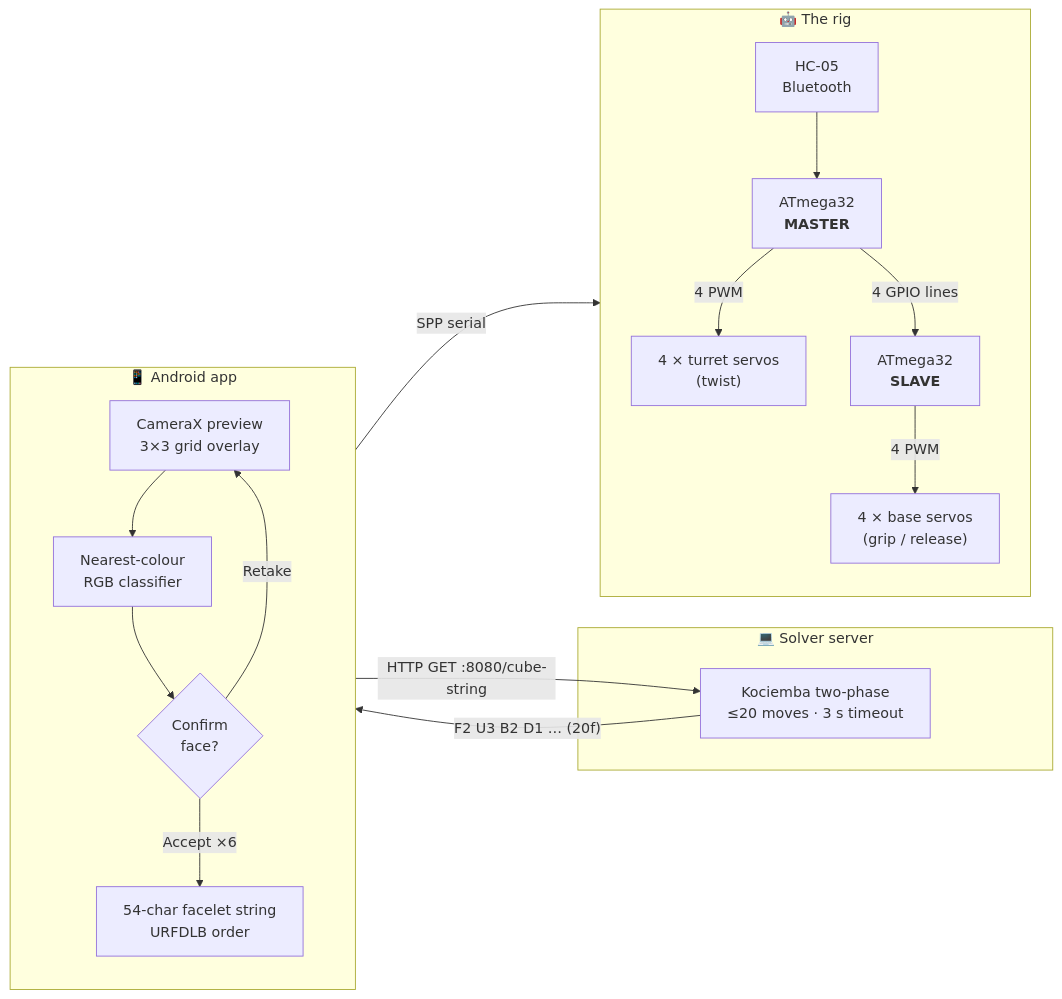
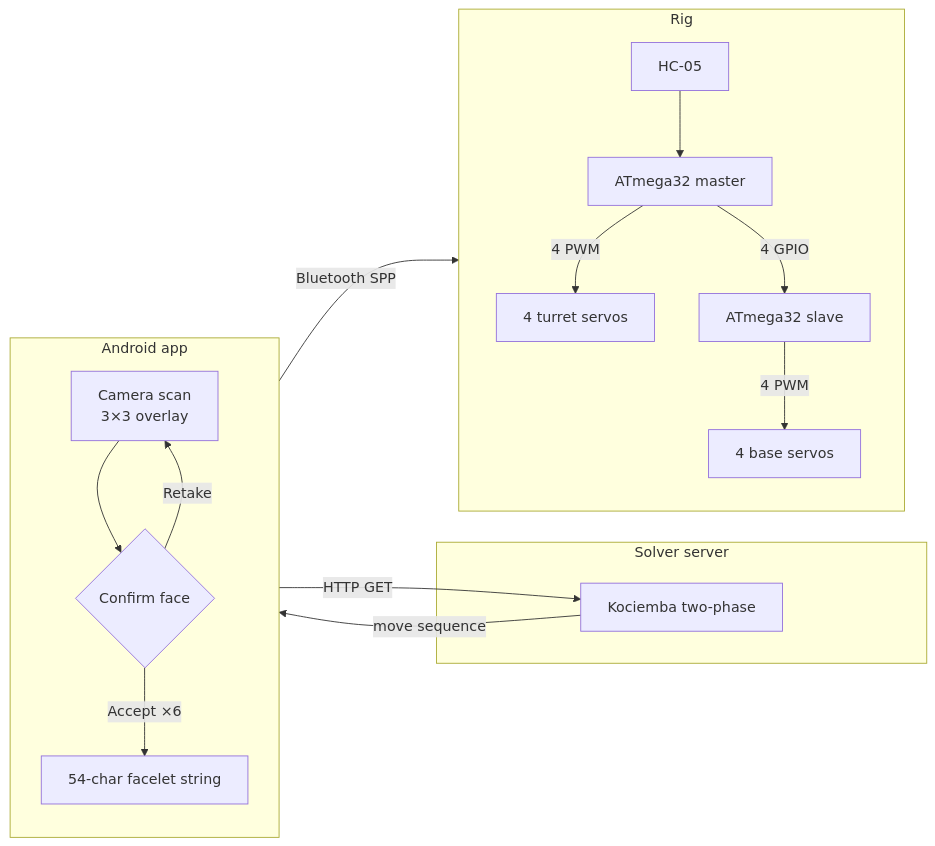
Before and after one commit to Fanboyingeneral/SCRAMBLE: the first of 2 diagrams in README.md, drawn with Mermaid. The commit also changed other lines of this file, not shown here.

````diff
--- a/README.md
+++ b/README.md
@@ -59,26 +31,25 @@
 ```mermaid
 flowchart LR
-    subgraph PHONE["📱 Android app"]
+    subgraph PHONE["Android app"]
         direction TB
-        CAM["CameraX preview<br/>3×3 grid overlay"] --> DET["Nearest-colour<br/>RGB classifier"]
-        DET --> CONF{"Confirm<br/>face?"}
+        CAM["Camera scan<br/>3×3 overlay"] --> CONF{"Confirm face"}
         CONF -- Retake --> CAM
-        CONF -- Accept ×6 --> STR["54-char facelet string<br/>URFDLB order"]
+        CONF -- "Accept ×6" --> STR["54-char facelet string"]
     end
 
-    subgraph LAPTOP["💻 Solver server"]
-        KOC["Kociemba two-phase<br/>≤20 moves · 3 s timeout"]
+    subgraph LAPTOP["Solver server"]
+        KOC["Kociemba two-phase"]
     end
 
-    subgraph RIG["🤖 The rig"]
+    subgraph RIG["Rig"]
         direction TB
-        HC["HC-05<br/>Bluetooth"] --> M["ATmega32<br/><b>MASTER</b>"]
-        M -- "4 PWM" --> TOP["4 × turret servos<br/>(twist)"]
-        M -- "4 GPIO lines" --> S["ATmega32<br/><b>SLAVE</b>"]
-        S -- "4 PWM" --> BASE["4 × base servos<br/>(grip / release)"]
+        HC["HC-05"] --> M["ATmega32 master"]
+        M -- "4 PWM" --> TOP["4 turret servos"]
+        M -- "4 GPIO" --> S["ATmega32 slave"]
+        S -- "4 PWM" --> BASE["4 base servos"]
     end
 
-    STR -- "HTTP GET :8080/cube-string" --> KOC
-    KOC -- "F2 U3 B2 D1 … (20f)" --> PHONE
-    PHONE -- "SPP serial" --> HC
+    STR -- "HTTP GET" --> KOC
+    KOC -- "move sequence" --> PHONE
+    PHONE -- "Bluetooth SPP" --> HC
 ```
````
